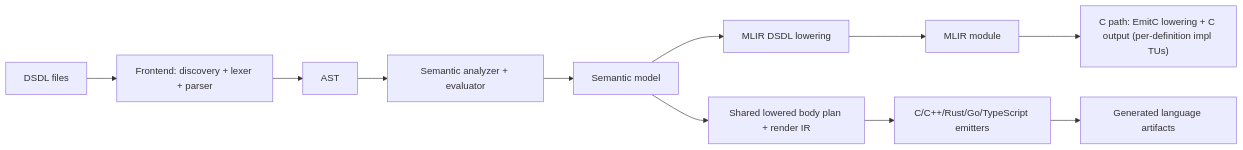
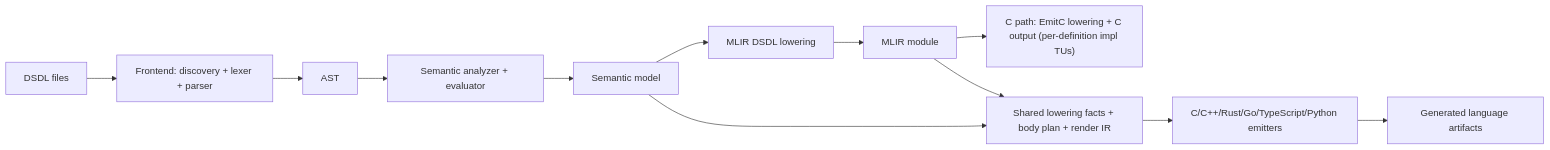
One commit to thirtytwobits/llvm-dsdl changed the diagram in DESIGN.md. Above: the diagram before and after it, drawn with Mermaid. The commit also changed other lines of this file and 23 other files, not shown here.

````diff
--- a/DESIGN.md
+++ b/DESIGN.md
@@ -26,13 +28,14 @@
 ```mermaid
 flowchart LR
   A["DSDL files"] --> B["Frontend: discovery + lexer + parser"]
   B --> C["AST"]
   C --> D["Semantic analyzer + evaluator"]
   D --> E["Semantic model"]
   E --> F["MLIR DSDL lowering"]
   F --> G["MLIR module"]
   G --> H["C path: EmitC lowering + C output (per-definition impl TUs)"]
-  E --> K["Shared lowered body plan + render IR"]
-  K --> I["C/C++/Rust/Go/TypeScript emitters"]
+  E --> K["Shared lowering facts + body plan + render IR"]
+  G --> K
+  K --> I["C/C++/Rust/Go/TypeScript/Python emitters"]
   I --> J["Generated language artifacts"]
 ```
````
